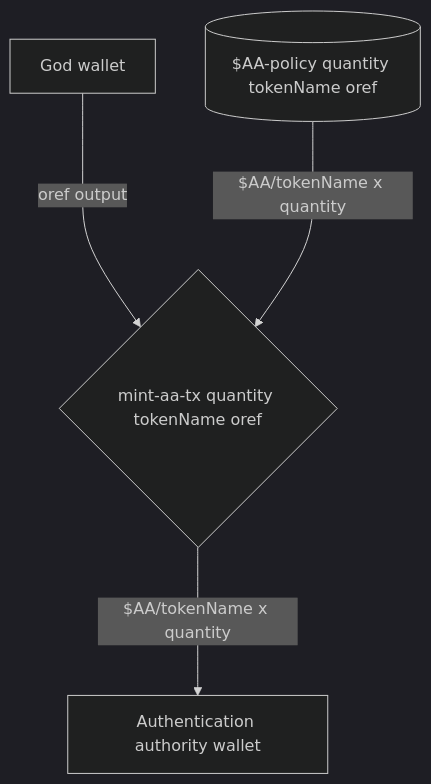
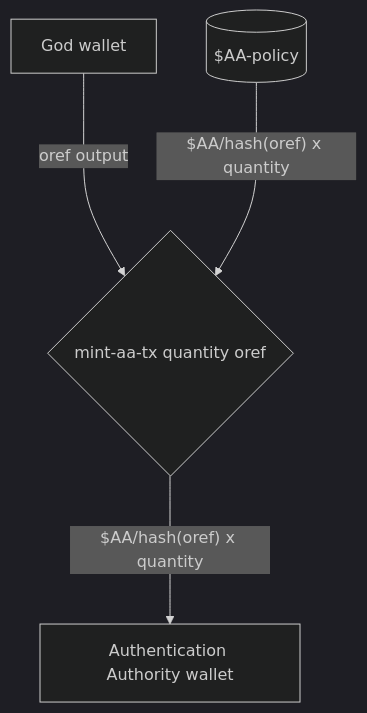
One commit to mlabs-haskell/cardano-open-oracle-protocol changed the first of 4 diagrams in coop-docs/02-onchain-architecture.md. Above: the diagram before and after it, drawn with Mermaid (dark theme). The commit also changed other lines of this file, not shown here.

````diff
--- a/coop-docs/02-onchain-architecture.md
+++ b/coop-docs/02-onchain-architecture.md
@@ -31,12 +99,12 @@
 ```mermaid
 graph TD
     GodWallet["God wallet"]
-    AaWallet["Authentication authority wallet"]
-    AaMp[("$AA-policy quantity tokenName oref")]
-    MintAaTx{"mint-aa-tx quantity tokenName oref"}
+    AaWallet["Authentication Authority wallet"]
+    AaMp[("$AA-policy")]
+    MintAaTx{"mint-aa-tx quantity oref"}
 
     GodWallet ---> |"oref output"|MintAaTx
 
-    AaMp ---> |"$AA/tokenName x quantity"|MintAaTx
-    MintAaTx ---> |"$AA/tokenName x quantity"|AaWallet
+    AaMp ---> |"$AA/hash(oref) x quantity"|MintAaTx
+    MintAaTx ---> |"$AA/hash(oref) x quantity"|AaWallet
 ```
````
